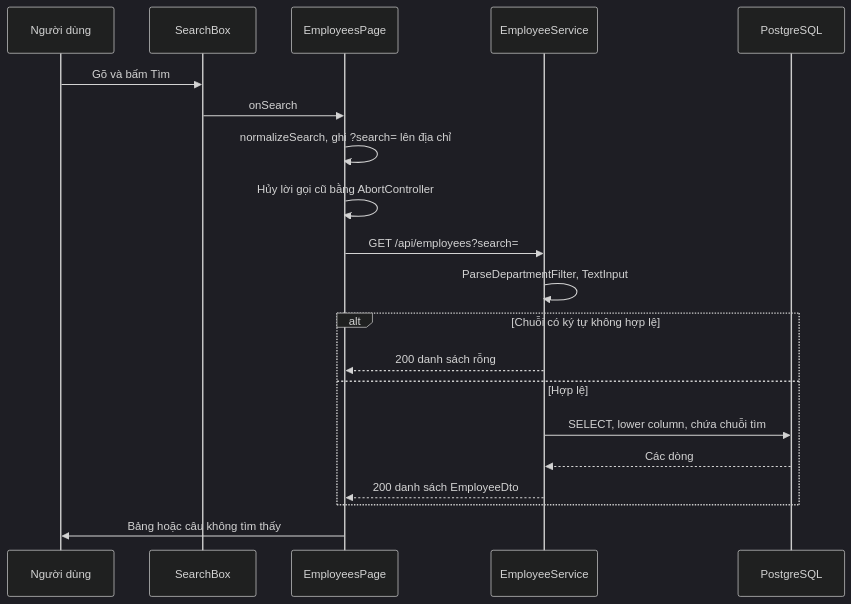
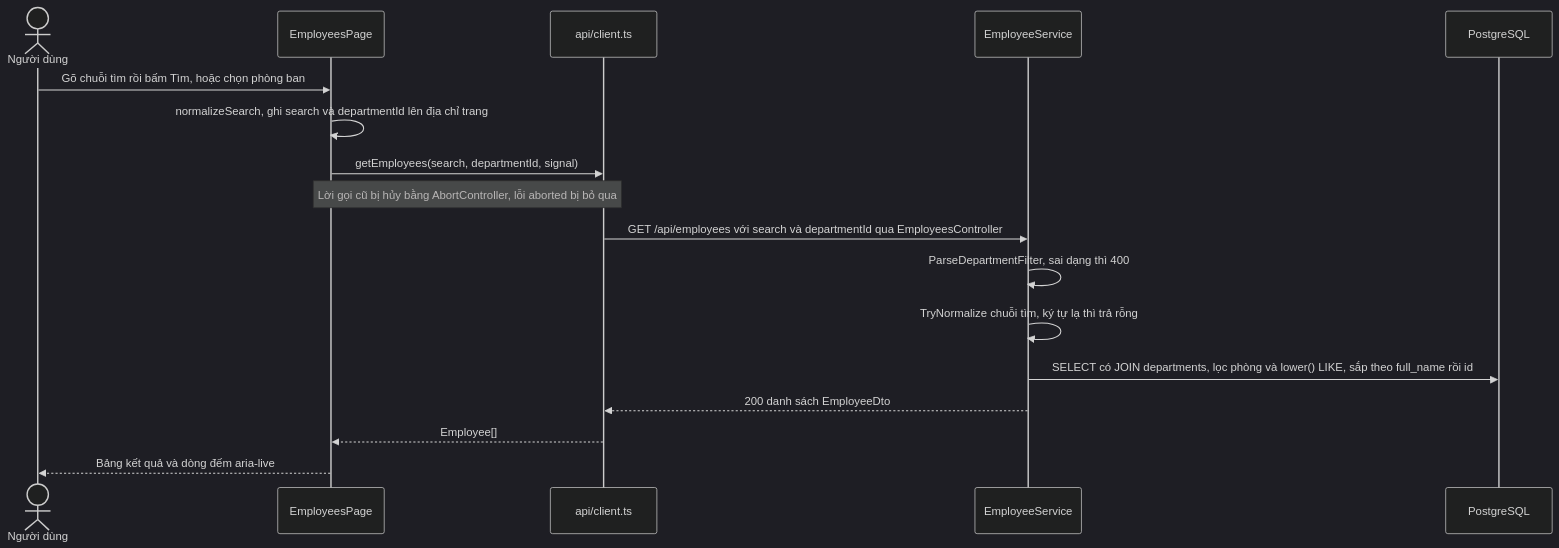
One commit to Minnhiep/employee-crud changed the fourth of 5 diagrams in aidlc/spaces/default/codekb/employee-crud/architecture.md. Above: the diagram before and after it, drawn with Mermaid (dark theme). The commit also changed other lines of this file and 27 other files, not shown here.

````diff
--- a/aidlc/spaces/default/codekb/employee-crud/architecture.md
+++ b/aidlc/spaces/default/codekb/employee-crud/architecture.md
@@ -158,22 +168,19 @@
 ```mermaid
 sequenceDiagram
-    participant U as Người dùng
-    participant B as SearchBox
-    participant E as EmployeesPage
-    participant S as EmployeeService
-    participant P as PostgreSQL
-    U->>B: Gõ và bấm Tìm
-    B->>E: onSearch
-    E->>E: normalizeSearch, ghi ?search= lên địa chỉ
-    E->>E: Hủy lời gọi cũ bằng AbortController
-    E->>S: GET /api/employees?search=
-    S->>S: ParseDepartmentFilter, TextInput
-    alt Chuỗi có ký tự không hợp lệ
-        S-->>E: 200 danh sách rỗng
-    else Hợp lệ
-        S->>P: SELECT, lower column, chứa chuỗi tìm
-        P-->>S: Các dòng
-        S-->>E: 200 danh sách EmployeeDto
-    end
-    E->>U: Bảng hoặc câu không tìm thấy
+  actor U as Người dùng
+  participant P as EmployeesPage
+  participant C as api/client.ts
+  participant ES as EmployeeService
+  participant PG as PostgreSQL
+  U->>P: Gõ chuỗi tìm rồi bấm Tìm, hoặc chọn phòng ban
+  P->>P: normalizeSearch, ghi search và departmentId lên địa chỉ trang
+  P->>C: getEmployees(search, departmentId, signal)
+  Note over P,C: Lời gọi cũ bị hủy bằng AbortController, lỗi aborted bị bỏ qua
+  C->>ES: GET /api/employees với search và departmentId qua EmployeesController
+  ES->>ES: ParseDepartmentFilter, sai dạng thì 400
+  ES->>ES: TryNormalize chuỗi tìm, ký tự lạ thì trả rỗng
+  ES->>PG: SELECT có JOIN departments, lọc phòng và lower() LIKE, sắp theo full_name rồi id
+  ES-->>C: 200 danh sách EmployeeDto
+  C-->>P: Employee[]
+  P-->>U: Bảng kết quả và dòng đếm aria-live
 ```
````
